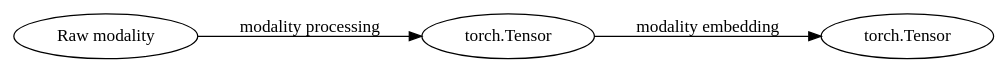
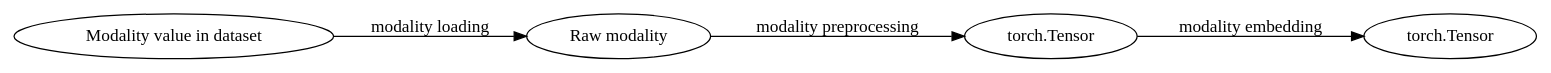
Before and after one commit to EPFLiGHT/MultiMeditron: the diagram in docs/source/guides/add_modality.rst, drawn with Graphviz. The commit also changed other lines of this file and 1 other file, not shown here.

```diff
--- a/docs/source/guides/add_modality.rst
+++ b/docs/source/guides/add_modality.rst
@@ -24,12 +27,14 @@
 .. graphviz::
 
    digraph G {
        rankdir=LR;
 
-       A [label="Raw modality"];
-       B [label="torch.Tensor"];
+       A [label="Modality value in dataset"];
+       B [label="Raw modality"];
        C [label="torch.Tensor"];
-
-       A -> B [label="modality processing"];
-       B -> C [label="modality embedding"];
+       D [label="torch.Tensor"];
+        
+       A -> B [label="modality loading"];
+       B -> C [label="modality preprocessing"];
+       C -> D [label="modality embedding"];
    }
```
